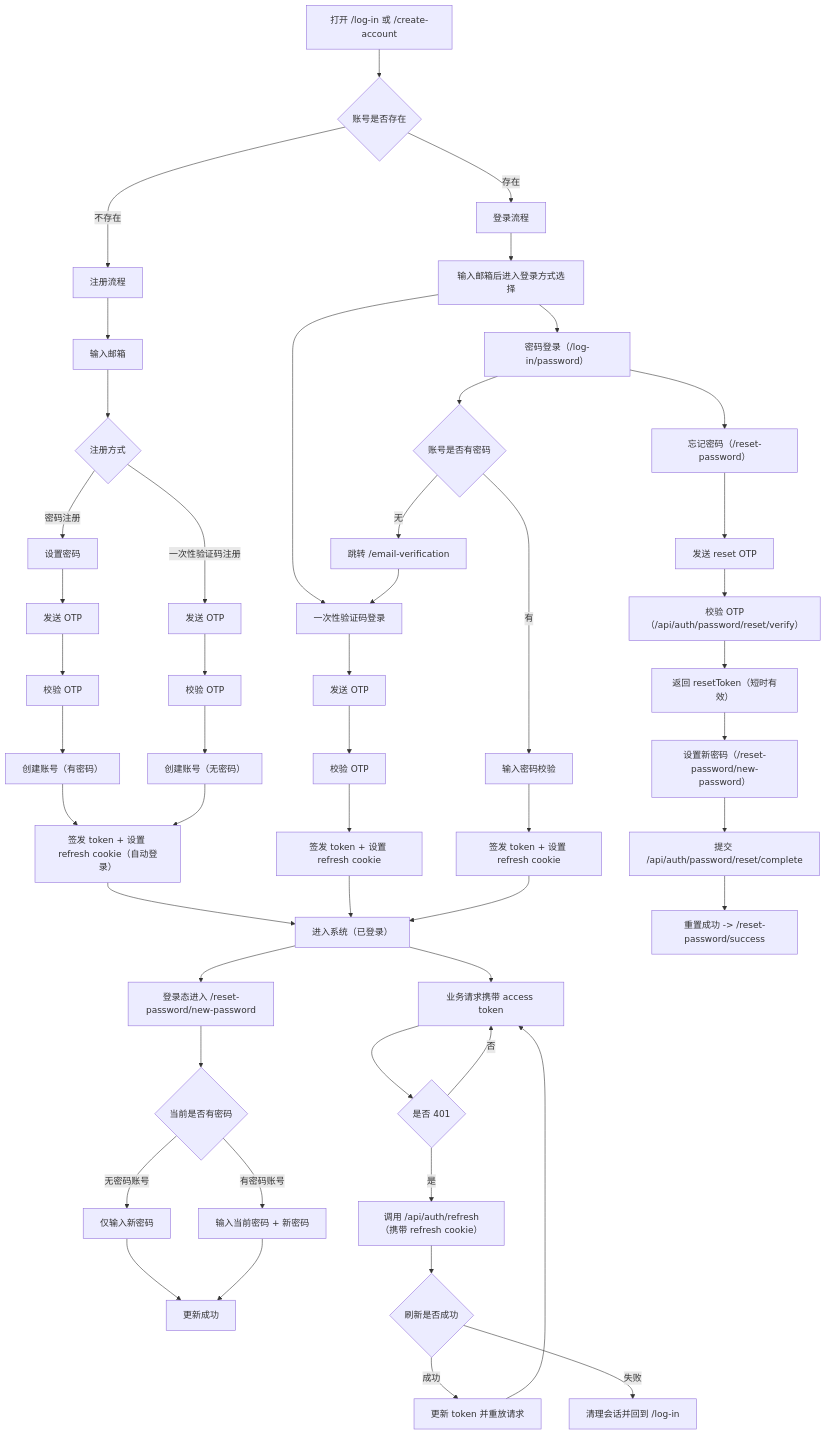
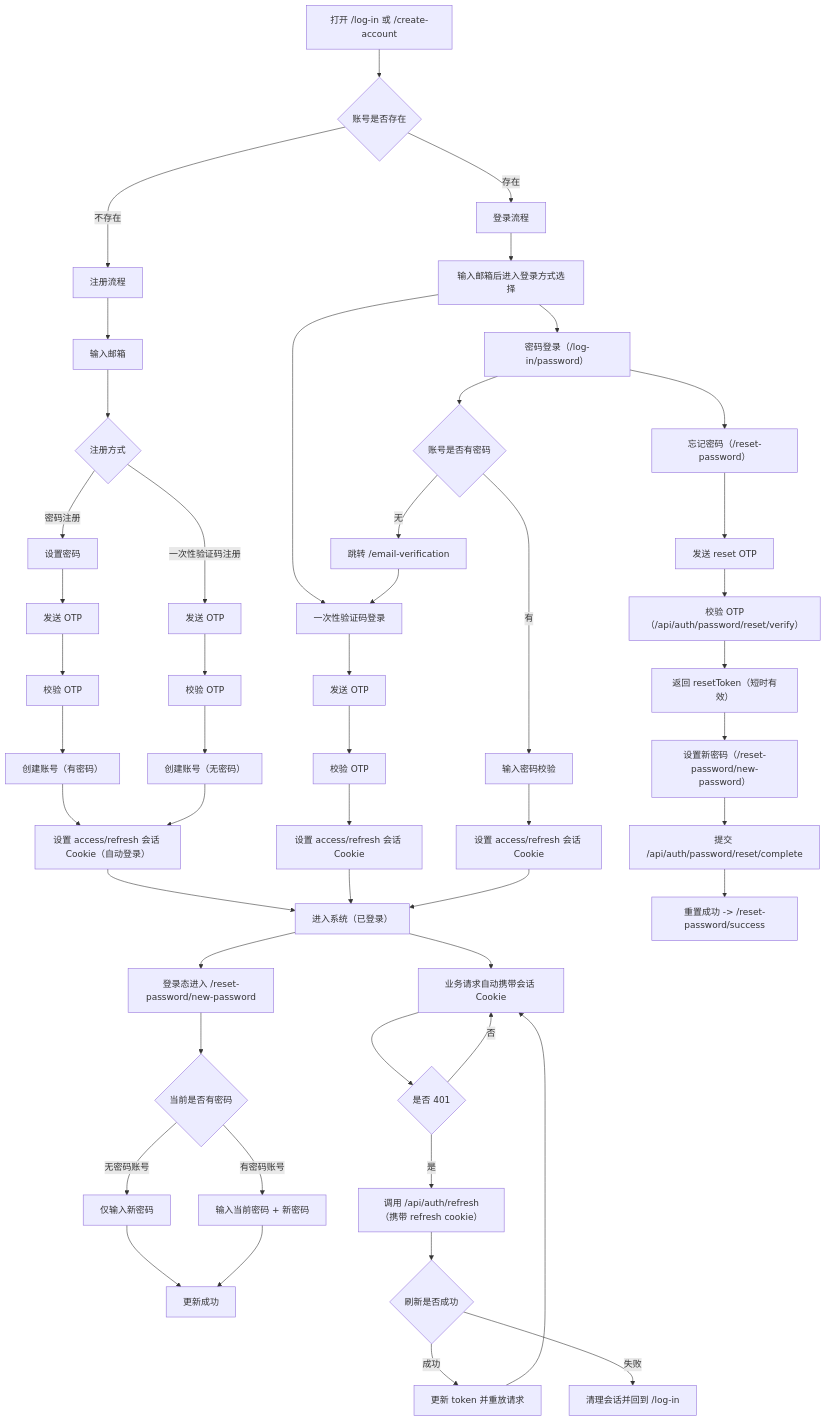
Before and after one commit to jacl-coder/OneBook-AI: the diagram in docs/backend/auth_account_flow.md, drawn with Mermaid. The commit also changed other lines of this file and 17 other files, not shown here.

````diff
--- a/docs/backend/auth_account_flow.md
+++ b/docs/backend/auth_account_flow.md
@@ -32,62 +32,62 @@
 ```mermaid
 flowchart TD
   A["打开 /log-in 或 /create-account"] --> B{"账号是否存在"}
 
   B -->|不存在| R1["注册流程"]
   B -->|存在| L1["登录流程"]
 
   R1 --> R2["输入邮箱"]
   R2 --> R3{"注册方式"}
 
   R3 -->|密码注册| R4["设置密码"]
   R4 --> R5["发送 OTP"]
   R5 --> R6["校验 OTP"]
   R6 --> R7["创建账号（有密码）"]
-  R7 --> R8["签发 token + 设置 refresh cookie（自动登录）"]
+  R7 --> R8["设置 access/refresh 会话 Cookie（自动登录）"]
   R8 --> HOME["进入系统（已登录）"]
 
   R3 -->|一次性验证码注册| R9["发送 OTP"]
   R9 --> R10["校验 OTP"]
   R10 --> R11["创建账号（无密码）"]
   R11 --> R8
 
   L1 --> L2["输入邮箱后进入登录方式选择"]
   L2 --> L3["一次性验证码登录"]
   L2 --> L4["密码登录（/log-in/password）"]
 
   L3 --> L3a["发送 OTP"]
   L3a --> L3b["校验 OTP"]
-  L3b --> L3c["签发 token + 设置 refresh cookie"]
+  L3b --> L3c["设置 access/refresh 会话 Cookie"]
   L3c --> HOME
 
   L4 --> L4a{"账号是否有密码"}
   L4a -->|有| L4b["输入密码校验"]
-  L4b --> L4c["签发 token + 设置 refresh cookie"]
+  L4b --> L4c["设置 access/refresh 会话 Cookie"]
   L4c --> HOME
   L4a -->|无| L4d["跳转 /email-verification"]
   L4d --> L3
 
   L4 --> F1["忘记密码（/reset-password）"]
   F1 --> F2["发送 reset OTP"]
   F2 --> F3["校验 OTP（/api/auth/password/reset/verify）"]
   F3 --> F4["返回 resetToken（短时有效）"]
   F4 --> F5["设置新密码（/reset-password/new-password）"]
   F5 --> F6["提交 /api/auth/password/reset/complete"]
   F6 --> F7["重置成功 -> /reset-password/success"]
 
   HOME --> P1["登录态进入 /reset-password/new-password"]
   P1 --> P2{"当前是否有密码"}
   P2 -->|无密码账号| P3["仅输入新密码"]
   P2 -->|有密码账号| P4["输入当前密码 + 新密码"]
   P3 --> P5["更新成功"]
   P4 --> P5["更新成功"]
 
-  HOME --> T1["业务请求携带 access token"]
+  HOME --> T1["业务请求自动携带会话 Cookie"]
   T1 --> T2{"是否 401"}
   T2 -->|否| T1
   T2 -->|是| T3["调用 /api/auth/refresh（携带 refresh cookie）"]
   T3 --> T4{"刷新是否成功"}
   T4 -->|成功| T5["更新 token 并重放请求"]
   T5 --> T1
   T4 -->|失败| T6["清理会话并回到 /log-in"]
 ```
````
